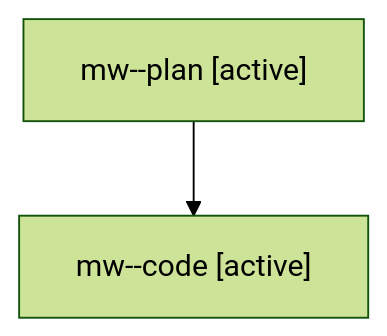
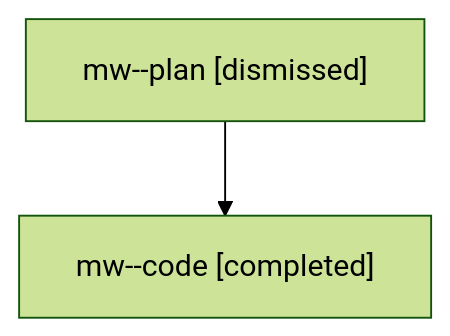
One commit to sase-org/sase--agents changed the diagram in families/bbugyi200.athena.mw.md. Above: the diagram before and after it, drawn with Mermaid (forest theme). The commit also changed other lines of this file and 1002 other files, not shown here.

````diff
--- a/families/bbugyi200.athena.mw.md
+++ b/families/bbugyi200.athena.mw.md
@@ -9,6 +9,6 @@
 ```mermaid
 flowchart TD
-  n0["mw--plan [active]"]
-  n1["mw--code [active]"]
+  n0["mw--plan [dismissed]"]
+  n1["mw--code [completed]"]
   n0 --> n1
 ```
````
